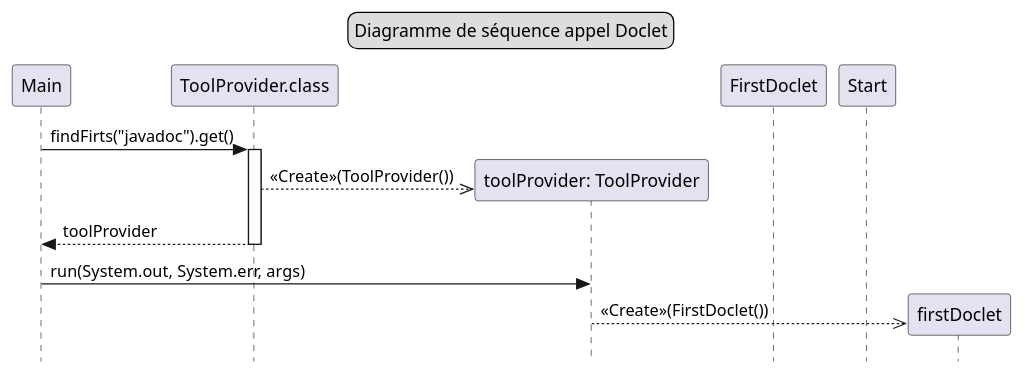
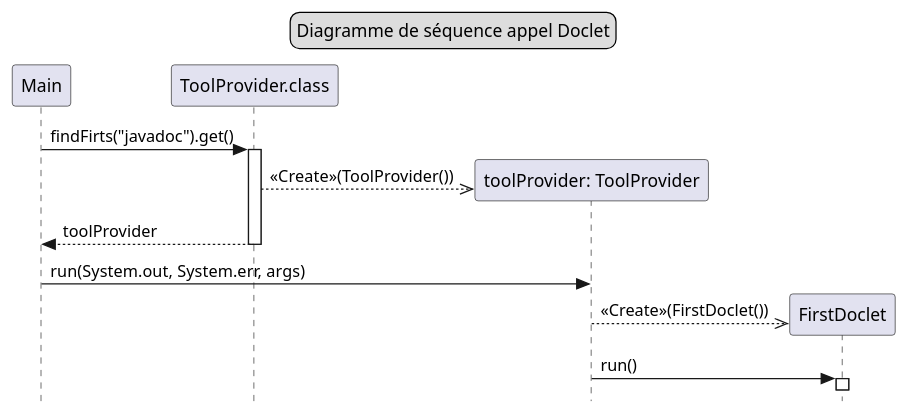
Before and after one commit to SylvainSchaefer/Java-to-PUML: the diagram in src/pumlFromJava/DS_Doclet.puml, drawn with PlantUML.

Commit message:
Modification DS_Doclet

```diff
--- a/src/pumlFromJava/DS_Doclet.puml
+++ b/src/pumlFromJava/DS_Doclet.puml
@@ -1,27 +1,28 @@
 @startuml
 'https://plantuml.com/sequence-diagram
 skinparam style strictuml
 
 legend top
 Diagramme de séquence appel Doclet
 end legend
 
 
 participant "Main" as main
 participant "ToolProvider.class" as class
 participant "toolProvider: ToolProvider" as toolprovider
 participant "FirstDoclet" as doclet
-participant "Start" as start
+
 
 
 main -> class++: findFirts("javadoc").get()
 class -->> toolprovider**: <<Create>>(ToolProvider())
 return toolProvider
 
 main -> toolprovider: run(System.out, System.err, args)
-toolprovider -->> firstDoclet**: <<Create>>(FirstDoclet())
+toolprovider -->> doclet**: <<Create>>(FirstDoclet())
+toolprovider -> doclet++: run()
 
 
 
 
 @enduml
```
